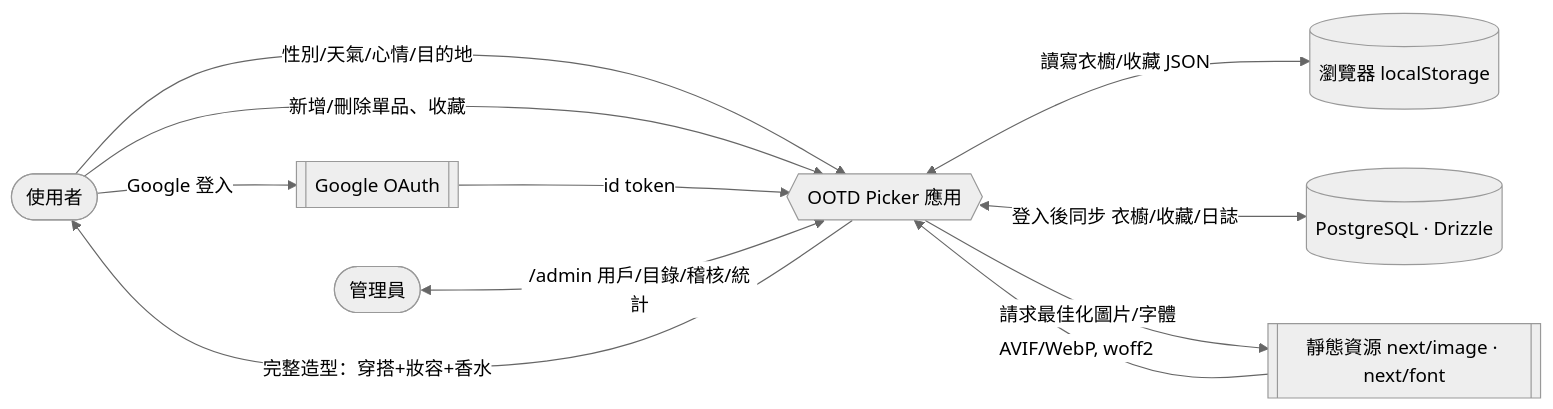
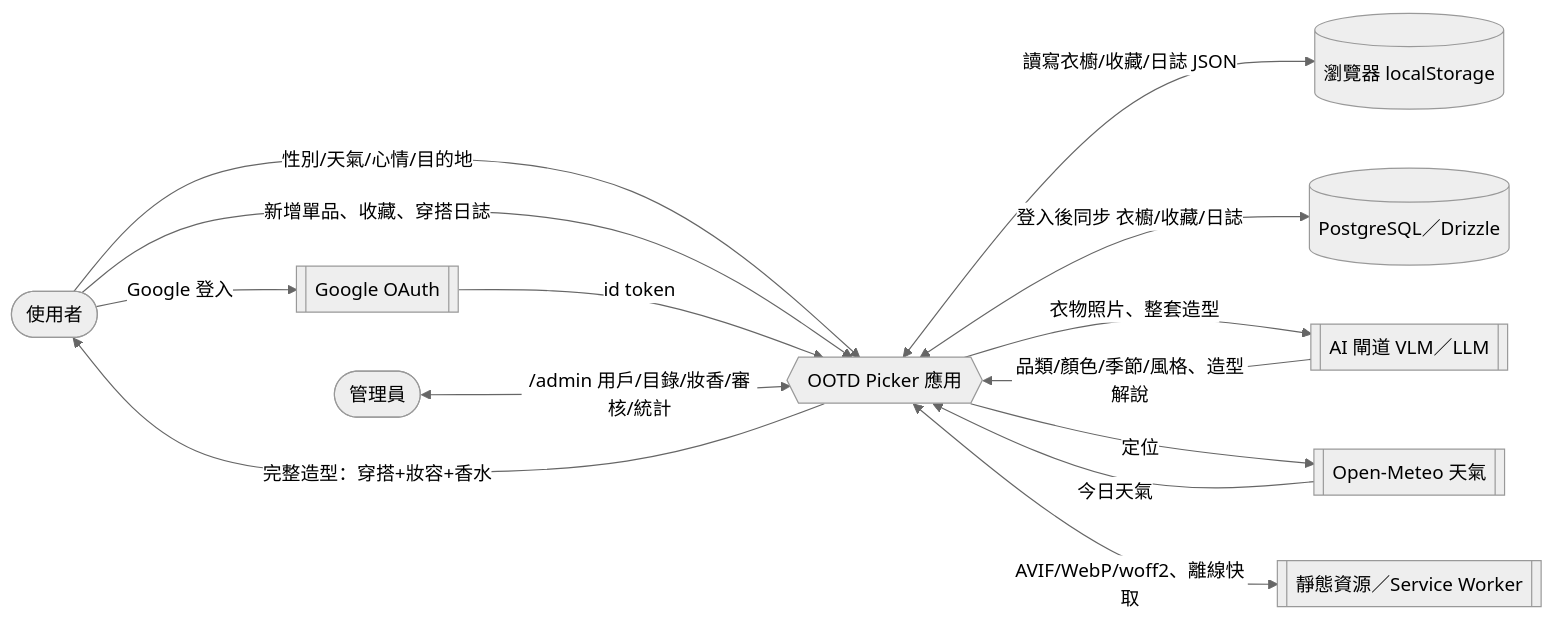
The first of 4 diagrams in DFD.md (HACO8888/ootd-picker), drawn with Mermaid (neutral theme) before and after one commit.

Commit message:
docs(dfd): refresh the level-0 context diagram
The context diagram predated the AI and offline work. Add the AI gateway
(VLM tagging, LLM stylist), the Open-Meteo weather lookup, the wear log
in local and synced storage, the service-worker offline cache, and the
full admin scope (looks, moderation).

````diff
--- a/DFD.md
+++ b/DFD.md
@@ -16,13 +16,16 @@
 ```mermaid
 flowchart LR
     U([使用者]) -->|性別/天氣/心情/目的地| SYS{{OOTD Picker 應用}}
+    U -->|新增單品、收藏、穿搭日誌| SYS
     SYS -->|完整造型：穿搭+妝容+香水| U
-    U -->|新增/刪除單品、收藏| SYS
-    SYS <-->|讀寫衣櫥/收藏 JSON| LS[(瀏覽器 localStorage)]
     U -->|Google 登入| G[[Google OAuth]]
     G -->|id token| SYS
-    SYS <-->|登入後同步 衣櫥/收藏/日誌| DB[(PostgreSQL · Drizzle)]
-    ADM([管理員]) <-->|/admin 用戶/目錄/稽核/統計| SYS
-    SYS -->|請求最佳化圖片/字體| AS[[靜態資源 next/image · next/font]]
-    AS -->|AVIF/WebP, woff2| SYS
+    ADM([管理員]) <-->|/admin 用戶/目錄/妝香/審核/統計| SYS
+    SYS <-->|讀寫衣櫥/收藏/日誌 JSON| LS[(瀏覽器 localStorage)]
+    SYS <-->|登入後同步 衣櫥/收藏/日誌| DB[(PostgreSQL／Drizzle)]
+    SYS -->|衣物照片、整套造型| AI[[AI 閘道 VLM／LLM]]
+    AI -->|品類/顏色/季節/風格、造型解說| SYS
+    SYS -->|定位| W[[Open-Meteo 天氣]]
+    W -->|今日天氣| SYS
+    SYS <-->|AVIF/WebP/woff2、離線快取| AS[[靜態資源／Service Worker]]
 ```
````
